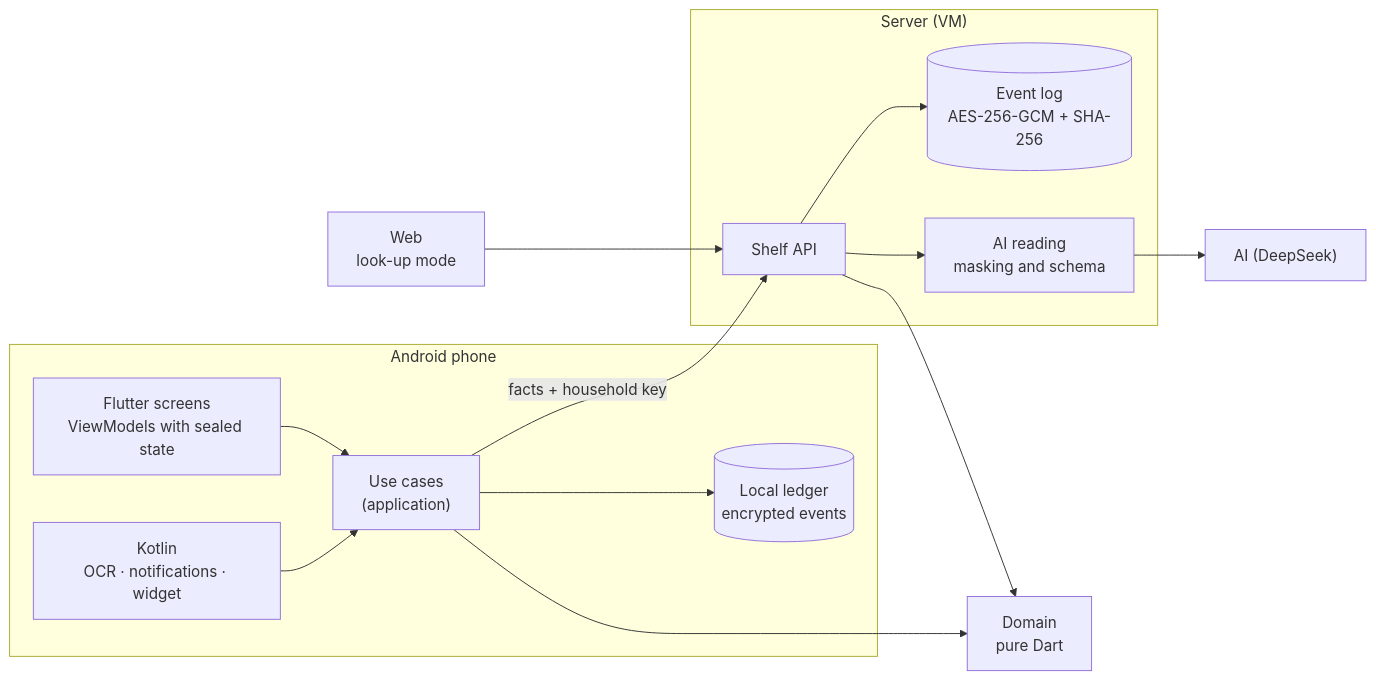
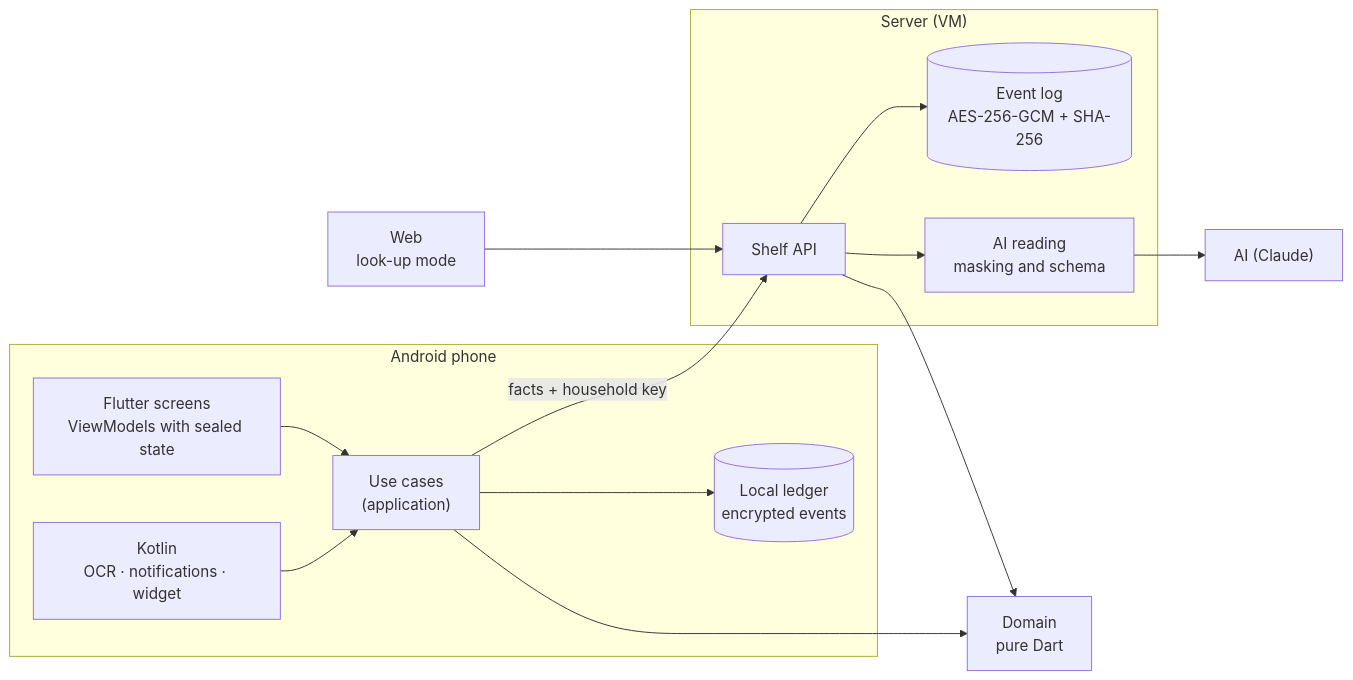
The first of 2 diagrams in README.en.md (Marcos-Codfy/finance-cajui), drawn with Mermaid before and after one commit. The commit also changed other lines of this file and 1 other file, not shown here.

Commit message:
docs(readme): rewrite the overview and the architecture for the portfolio

````diff
--- a/README.en.md
+++ b/README.en.md
@@ -231,26 +130,26 @@
 ```mermaid
 flowchart LR
   subgraph PHONE["Android phone"]
     UI["Flutter screens<br/>ViewModels with sealed state"]
     APP["Use cases<br/>(application)"]
     NAT["Kotlin<br/>OCR · notifications · widget"]
     LOG[("Local ledger<br/>encrypted events")]
   end
   DOM["Domain<br/>pure Dart"]
   subgraph VM["Server (VM)"]
     API["Shelf API"]
     STORE[("Event log<br/>AES-256-GCM + SHA-256")]
     AI["AI reading<br/>masking and schema"]
   end
   WEB["Web<br/>look-up mode"]
-  DS["AI (DeepSeek)"]
+  DS["AI (Claude)"]
 
   UI --> APP --> DOM
   NAT --> APP
   APP --> LOG
   APP -- "facts + household key" --> API
   WEB --> API
   API --> DOM
   API --> STORE
   API --> AI --> DS
 ```
````
